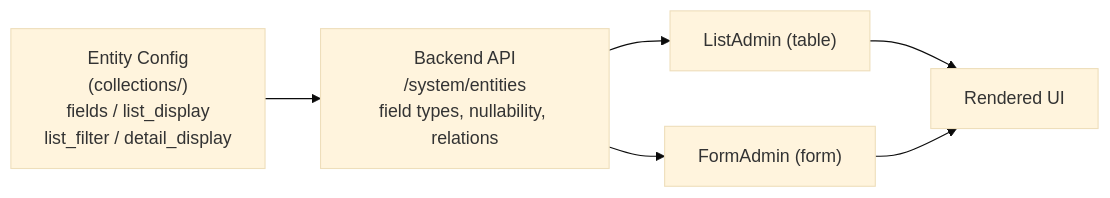
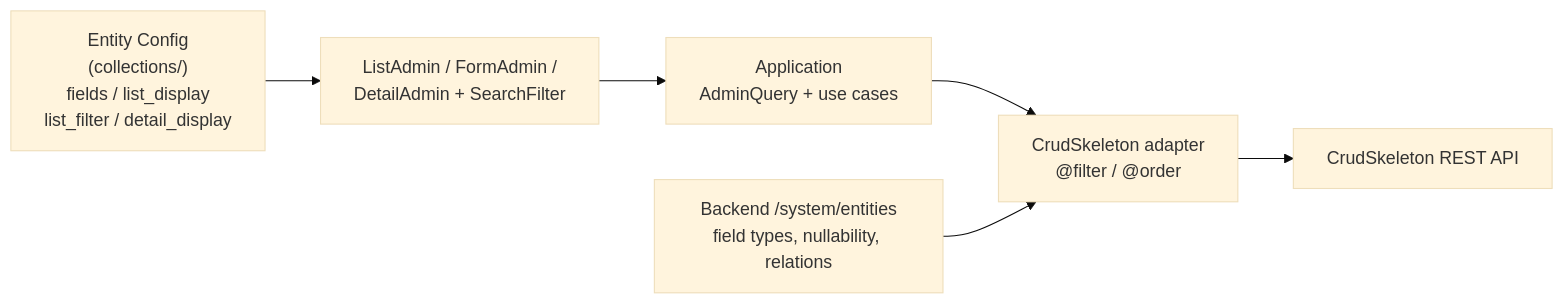
One commit to immane/crud-admin changed the diagram in README.md. Above: the diagram before and after it, drawn with Mermaid (base theme). The commit also changed other lines of this file and 3 other files, not shown here.

First line of the commit message:
docs(README): replace engine diagram and complete structure audit

````diff
--- a/README.md
+++ b/README.md
@@ -239,8 +239,8 @@
 ```mermaid
 flowchart LR
-    Config["Entity Config<br/>(collections/)<br/>fields / list_display<br/>list_filter / detail_display"] --> Meta["Backend API<br/>/system/entities<br/>field types, nullability, relations"]
-    Meta --> List["ListAdmin (table)"]
-    Meta --> Form["FormAdmin (form)"]
-    List --> UI["Rendered UI"]
-    Form --> UI
+    Config["Entity Config<br/>(collections/)<br/>fields / list_display<br/>list_filter / detail_display"] --> UI["ListAdmin / FormAdmin /<br/>DetailAdmin + SearchFilter"]
+    UI --> Query["Application<br/>AdminQuery + use cases"]
+    Query --> CSQE["CrudSkeleton adapter<br/>@filter / @order"]
+    Meta["Backend /system/entities<br/>field types, nullability, relations"] --> CSQE
+    CSQE --> API["CrudSkeleton REST API"]
 ```
````
